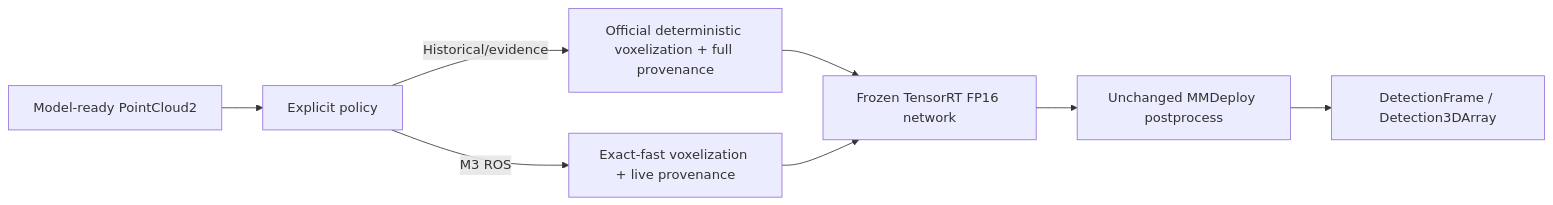
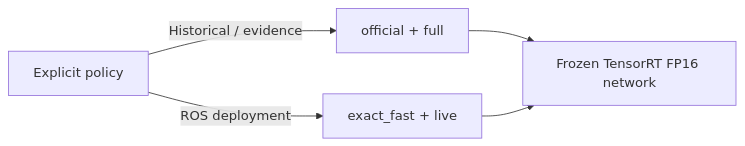
Before and after one commit to muhammadmahadazher/laserperception: the second of 3 diagrams in docs/ARCHITECTURE.md, drawn with Mermaid. The commit also changed other lines of this file and 20 other files, not shown here.

````diff
--- a/docs/ARCHITECTURE.md
+++ b/docs/ARCHITECTURE.md
@@ -58,10 +30,7 @@
 ```mermaid
 flowchart LR
-    R["Model-ready PointCloud2"] --> P["Explicit policy"]
-    P -->|"Historical/evidence"| O["Official deterministic voxelization + full provenance"]
-    P -->|"M3 ROS"| X["Exact-fast voxelization + live provenance"]
+    P["Explicit policy"] -->|"Historical / evidence"| O["official + full"]
+    P -->|"ROS deployment"| X["exact_fast + live"]
     O --> T["Frozen TensorRT FP16 network"]
     X --> T
-    T --> U["Unchanged MMDeploy postprocess"]
-    U --> V["DetectionFrame / Detection3DArray"]
 ```
````
